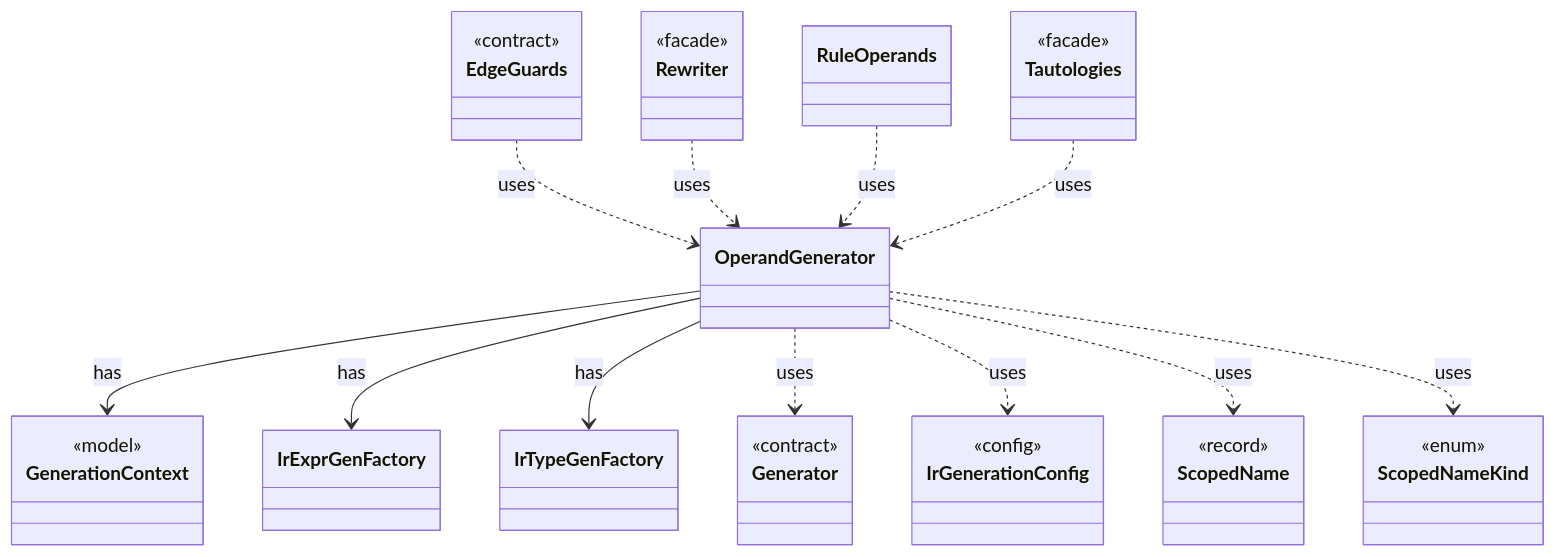
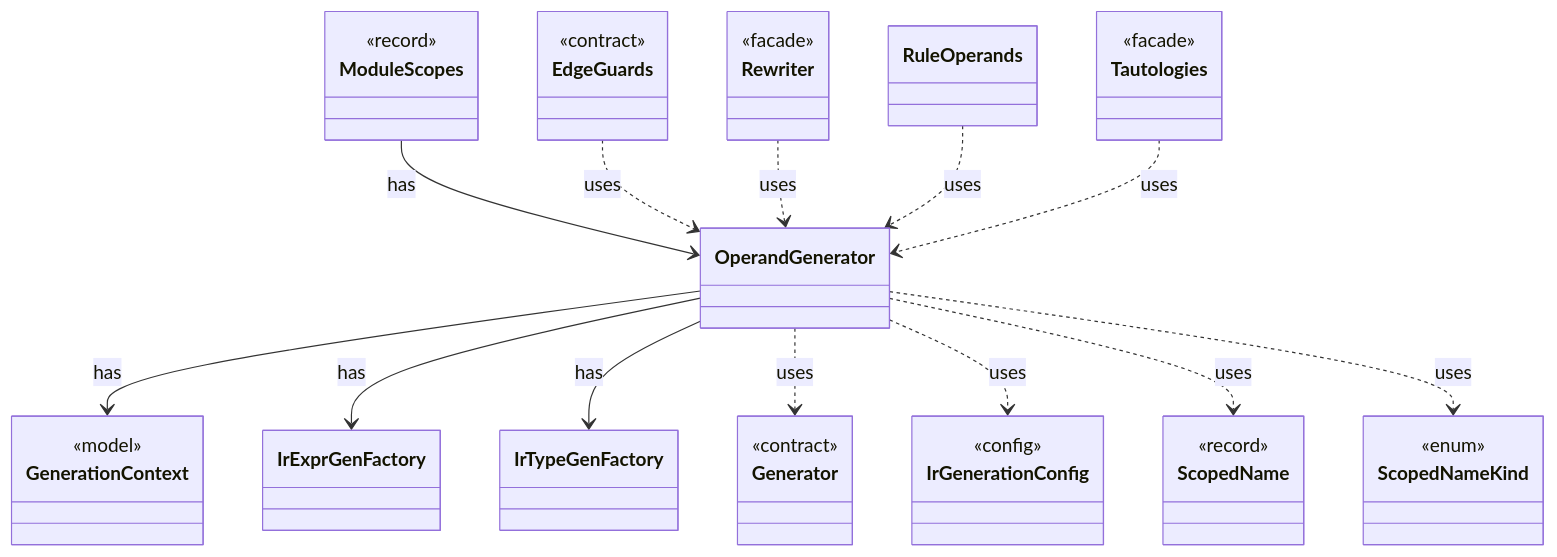
One commit to tlaplus/model-checker-hardening changed the diagram in dev/types/io.github.tlaplus.hardening.gen.engine.OperandGenerator.md. Above: the diagram before and after it, drawn with Mermaid. The commit also changed other lines of this file and 405 other files, not shown here.

````diff
--- a/dev/types/io.github.tlaplus.hardening.gen.engine.OperandGenerator.md
+++ b/dev/types/io.github.tlaplus.hardening.gen.engine.OperandGenerator.md
@@ -9,42 +9,46 @@
 ```mermaid
 classDiagram
   class OperandGenerator
   class GenerationContext {
     <<model>>
   }
   class IrExprGenFactory
   class IrTypeGenFactory
+  class ModuleScopes {
+    <<record>>
+  }
   class Generator {
     <<contract>>
   }
   class IrGenerationConfig {
     <<config>>
   }
   class ScopedName {
     <<record>>
   }
   class ScopedNameKind {
     <<enum>>
   }
   class EdgeGuards {
     <<contract>>
   }
   class Rewriter {
     <<facade>>
   }
   class RuleOperands
   class Tautologies {
     <<facade>>
   }
   OperandGenerator --> GenerationContext : has
   OperandGenerator --> IrExprGenFactory : has
   OperandGenerator --> IrTypeGenFactory : has
+  ModuleScopes --> OperandGenerator : has
   OperandGenerator ..> Generator : uses
   OperandGenerator ..> IrGenerationConfig : uses
   OperandGenerator ..> ScopedName : uses
   OperandGenerator ..> ScopedNameKind : uses
   EdgeGuards ..> OperandGenerator : uses
   Rewriter ..> OperandGenerator : uses
   RuleOperands ..> OperandGenerator : uses
   Tautologies ..> OperandGenerator : uses
 ```
````
